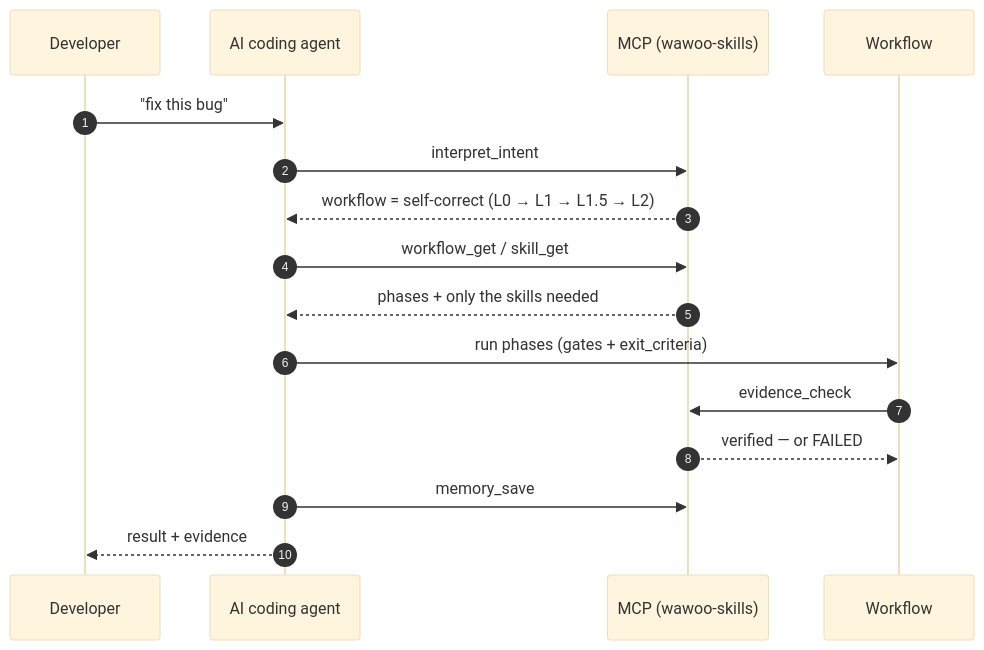
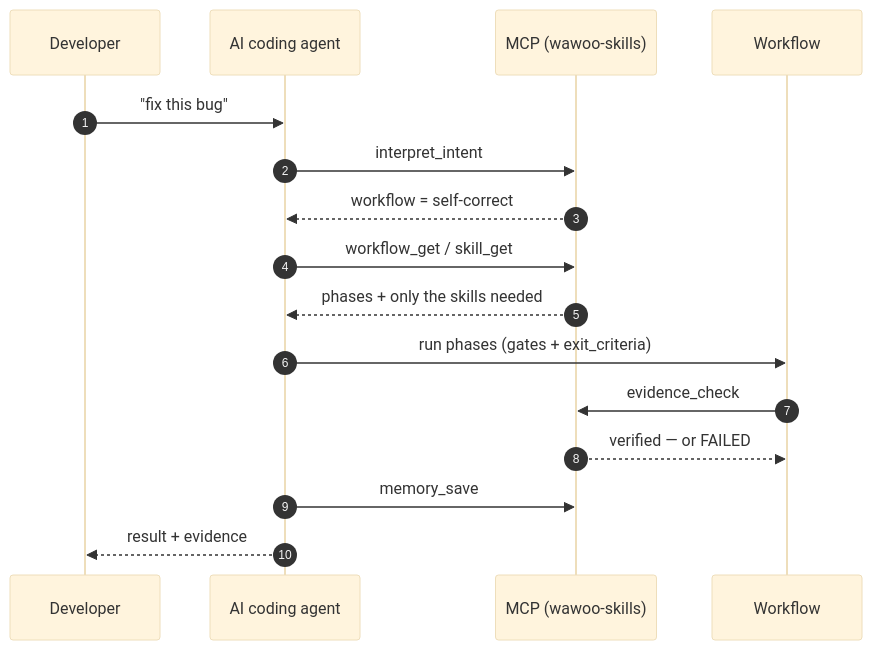
The diagram in README.md (parkwoo/wawoo-agent-skills), drawn with Mermaid (base theme) before and after one commit. The commit also changed 3 other files, not shown here.

Commit message:
docs: drop internal L0..L2 labels from the sequence diagram message

````diff
--- a/README.md
+++ b/README.md
@@ -80,18 +80,18 @@
 ```mermaid
 sequenceDiagram
     autonumber
     participant U as Developer
     participant A as AI coding agent
     participant M as MCP (wawoo-skills)
     participant W as Workflow
     U->>A: "fix this bug"
     A->>M: interpret_intent
-    M-->>A: workflow = self-correct  (L0 → L1 → L1.5 → L2)
+    M-->>A: workflow = self-correct
     A->>M: workflow_get / skill_get
     M-->>A: phases + only the skills needed
     A->>W: run phases (gates + exit_criteria)
     W->>M: evidence_check
     M-->>W: verified — or FAILED
     A->>M: memory_save
     A-->>U: result + evidence
 ```
````
